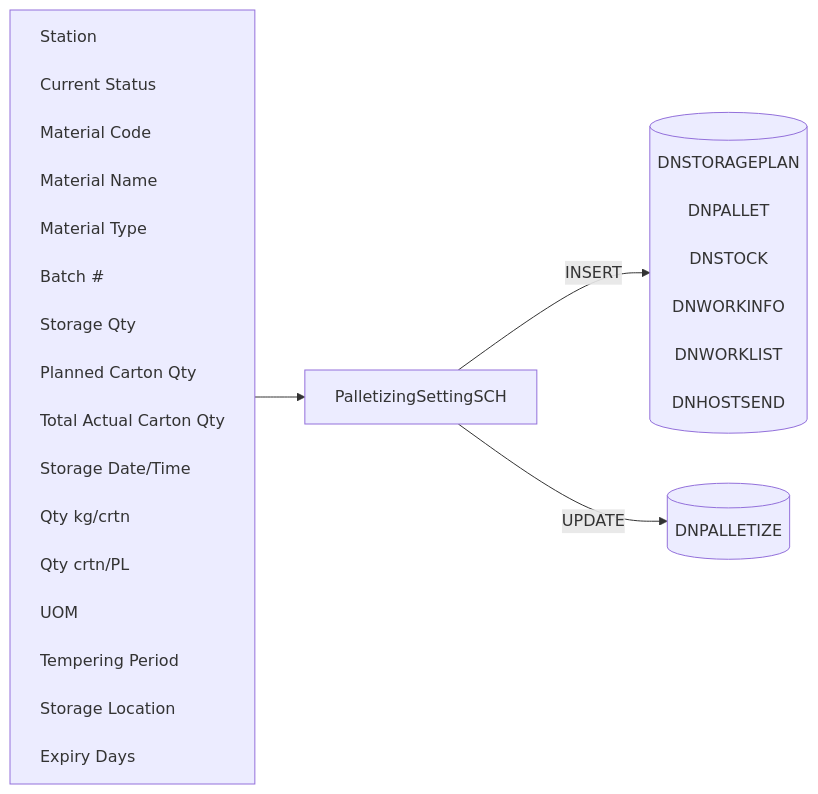
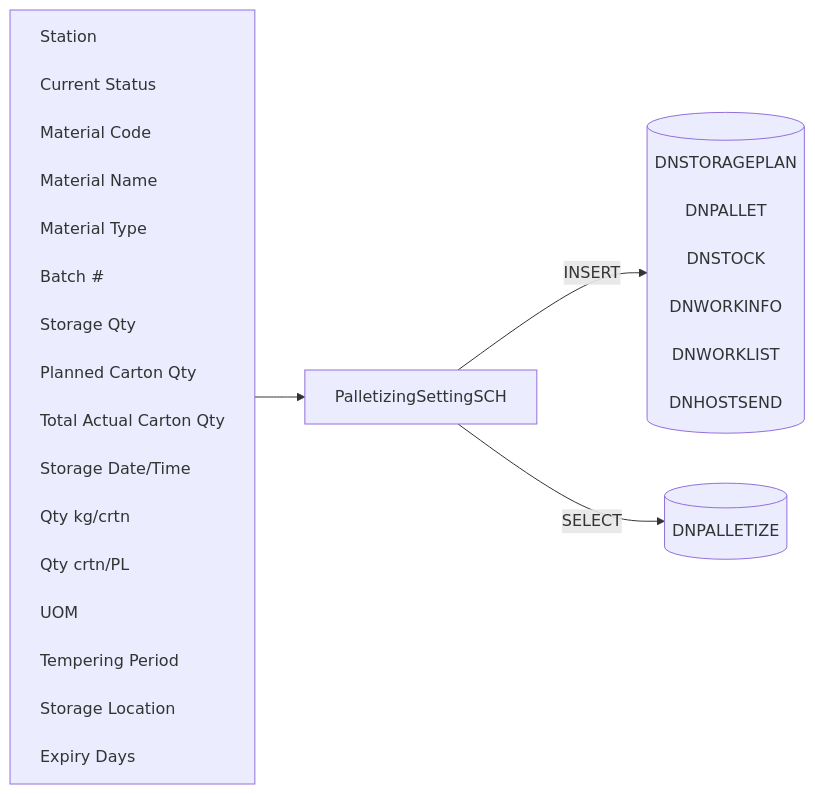
Before and after one commit to luthfiadityaa/SimeDarby-Wiki: the first of 2 diagrams in Basic-Design/DFD-WMS/Storage/Palletizing-Settting/Batch-End.md, drawn with Mermaid.

Commit message:
Updated Batch End

```diff
--- a/Basic-Design/DFD-WMS/Storage/Palletizing-Settting/Batch-End.md
+++ b/Basic-Design/DFD-WMS/Storage/Palletizing-Settting/Batch-End.md
@@ -22,42 +22,42 @@
 ::: mermaid
 flowchart LR
     input[
         Station<br>
         Current Status<br>
         Material Code<br>
         Material Name<br>
         Material Type<br>
         Batch #<br>
         Storage Qty<br>
         Planned Carton Qty<br>
         Total Actual Carton Qty<br>
         Storage Date/Time<br>
         Qty kg/crtn<br>
         Qty crtn/PL<br>
         UOM<br>
         Tempering Period<br>
         Storage Location<br>
         Expiry Days<br>
     ]
 
-    tableList-insert-update[("
+    tableList-insert-select[("
         DNPALLETIZE<br>
     ")]
 
     tableList-insert[("
         DNSTORAGEPLAN<br>
         DNPALLET<br>
         DNSTOCK<br>
         DNWORKINFO<br>
         DNWORKLIST<br>
         DNHOSTSEND<br>
     ")]
 
     className[PalletizingSettingSCH]
 
     input --> className --> |INSERT| tableList-insert
-    className --> |UPDATE| tableList-insert-update
+    className --> |SELECT| tableList-insert-select
 
     classDef leftAlign text-align:left;
     class input leftAlign;
 :::
```
